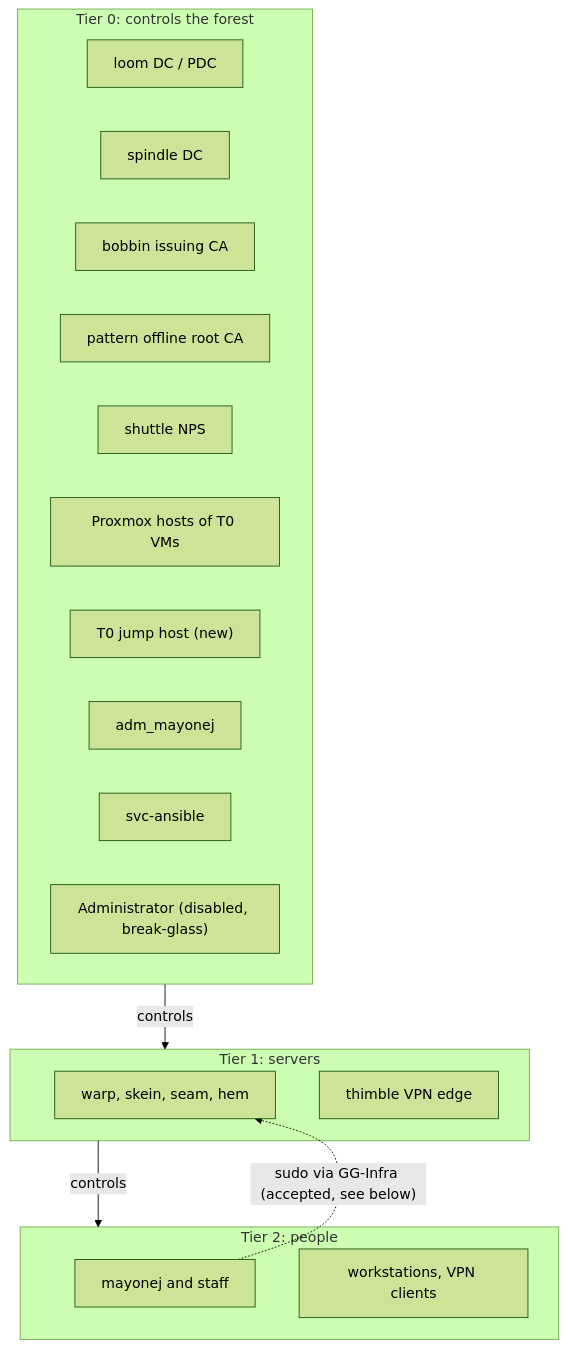
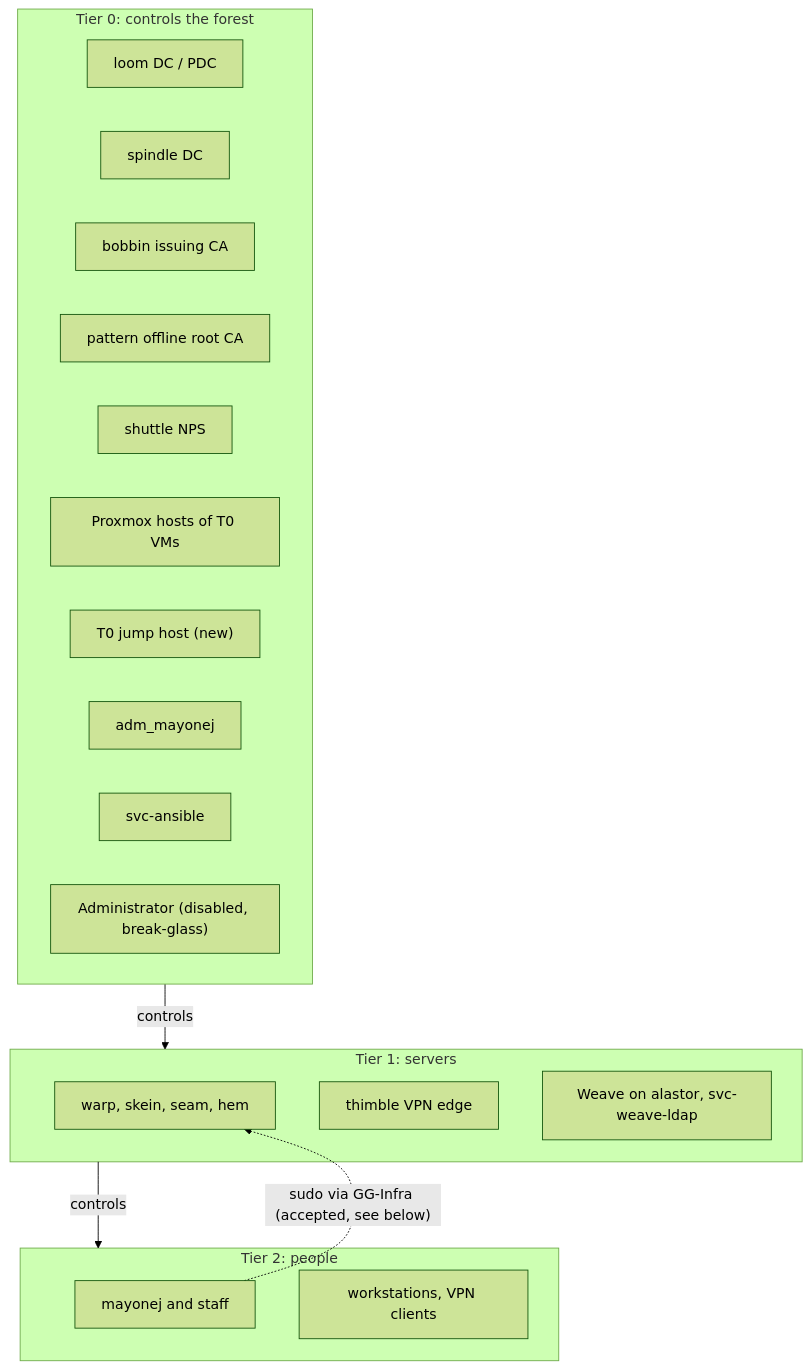
Before and after one commit to patchworklabsorg/infra: the first of 4 diagrams in ad/TIERING.md, drawn with Mermaid (forest theme). The commit also changed other lines of this file and 9 other files, not shown here.

First line of the commit message:
feat: add svc-weave-ldap with password rights and the weaveid link (#39)

````diff
--- a/ad/TIERING.md
+++ b/ad/TIERING.md
@@ -101,25 +101,26 @@
 ```mermaid
 flowchart TB
   subgraph T0["Tier 0: controls the forest"]
     loom["loom DC / PDC"]
     spindle["spindle DC"]
     bobbin["bobbin issuing CA"]
     pattern["pattern offline root CA"]
     shuttle["shuttle NPS"]
     pve["Proxmox hosts of T0 VMs"]
     jump["T0 jump host (new)"]
     adm["adm_mayonej"]
     ans["svc-ansible"]
     bg["Administrator (disabled, break-glass)"]
   end
   subgraph T1["Tier 1: servers"]
     nix["warp, skein, seam, hem"]
     thimble["thimble VPN edge"]
+    weave["Weave on alastor, svc-weave-ldap"]
   end
   subgraph T2["Tier 2: people"]
     daily["mayonej and staff"]
     ws["workstations, VPN clients"]
   end
   T0 -->|controls| T1 -->|controls| T2
   daily -. "sudo via GG-Infra (accepted, see below)" .-> nix
 ```
````
